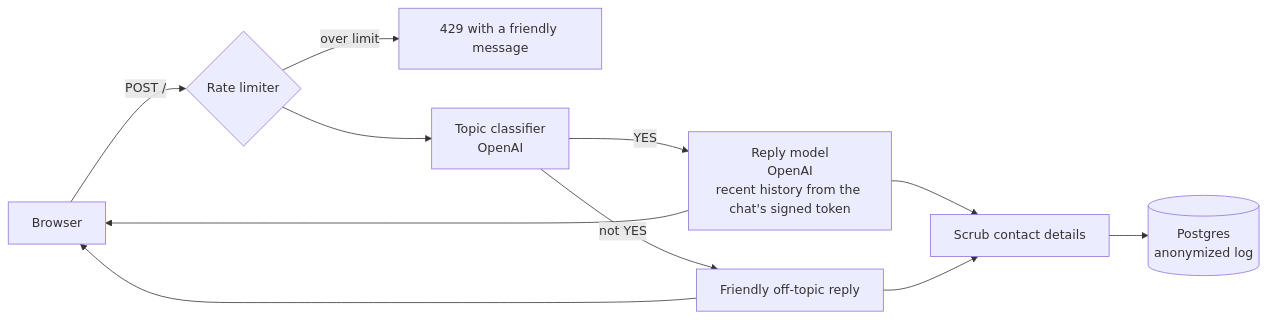
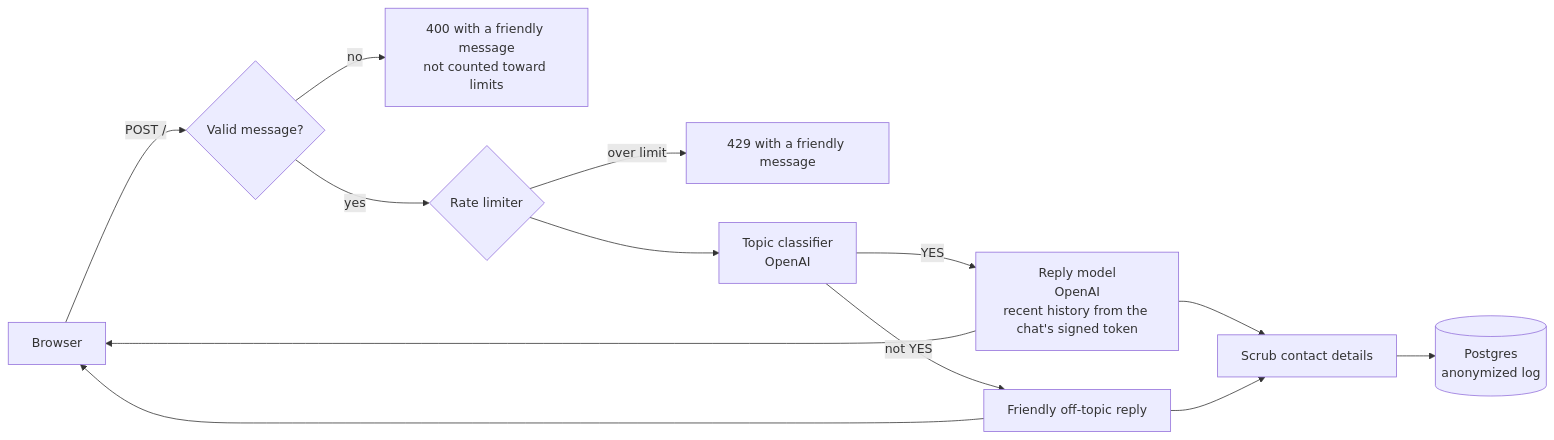
Before and after one commit to jdabr/LoveLab01: the diagram in README.md, drawn with Mermaid. The commit also changed other lines of this file and 5 other files, not shown here.

````diff
--- a/README.md
+++ b/README.md
@@ -27,13 +27,15 @@
 ```mermaid
 flowchart LR
-    B[Browser] -->|POST /| L{Rate limiter}
+    B[Browser] -->|POST /| V{Valid message?}
+    V -->|no| R400[400 with a friendly message<br/>not counted toward limits]
+    V -->|yes| L{Rate limiter}
     L -->|over limit| R429[429 with a friendly message]
     L --> F[Topic classifier<br/>OpenAI]
     F -->|not YES| OT[Friendly off-topic reply]
     F -->|YES| M[Reply model<br/>OpenAI<br/>recent history from the chat's signed token]
     M --> S[Scrub contact details]
     OT --> S
     S --> DB[(Postgres<br/>anonymized log)]
     M --> B
     OT --> B
 ```
````
